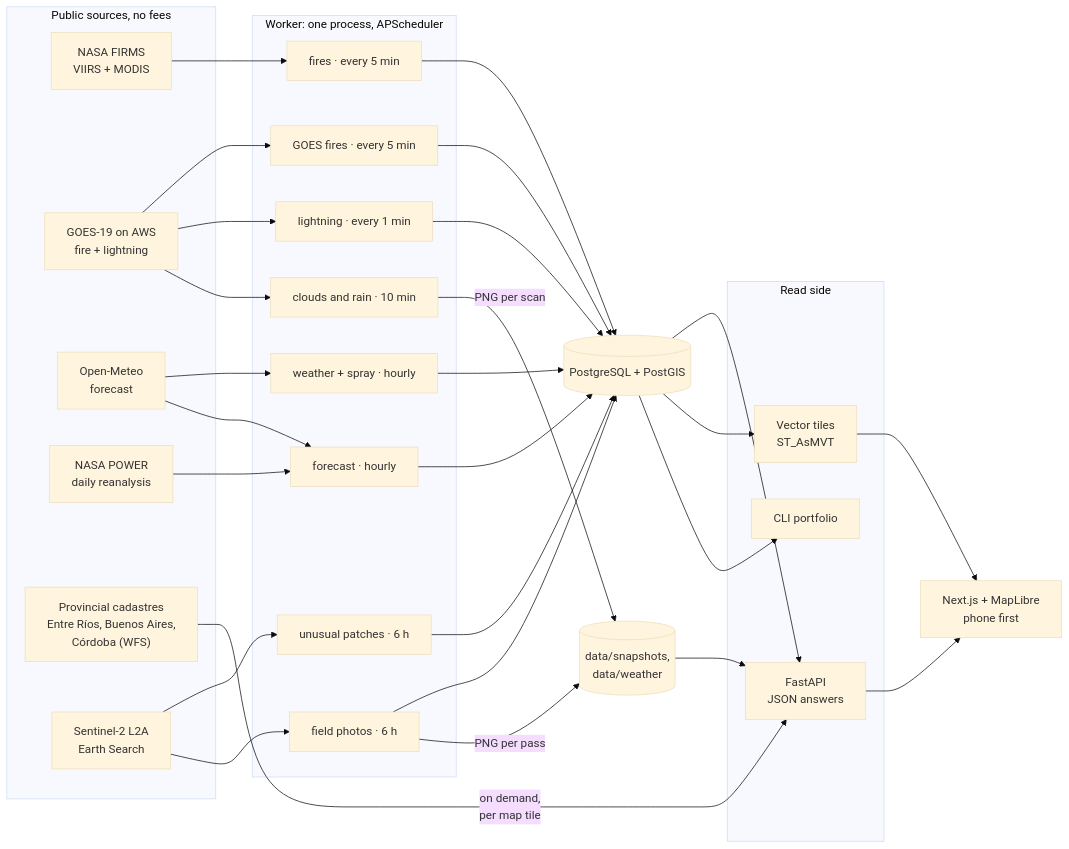
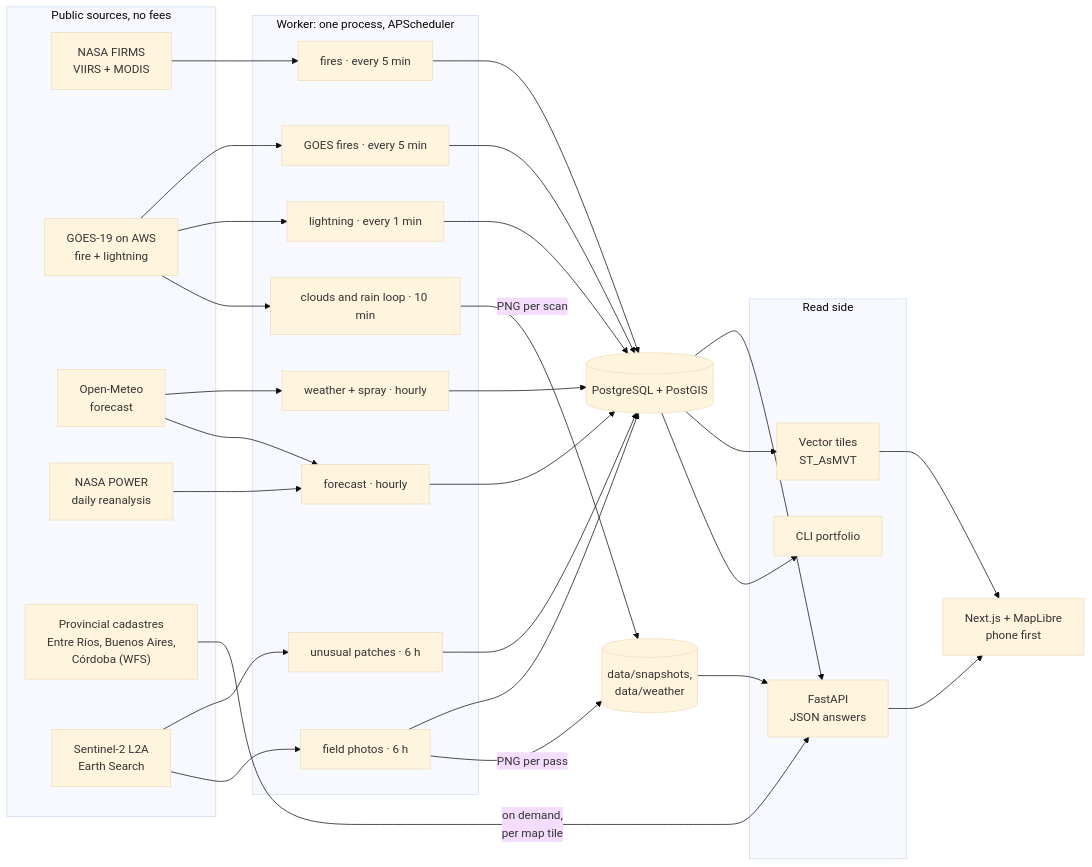
One commit to nickyperrone/Fire-Detection-System changed the first of 18 diagrams in README.md. Above: the diagram before and after it, drawn with Mermaid (base theme). The commit also changed other lines of this file and 9 other files, not shown here.

Commit message:
Play the last two hours of clouds and rain as a loop, with play, pause and the frame's time

````diff
--- a/README.md
+++ b/README.md
@@ -88,40 +88,40 @@
 ```mermaid
 flowchart LR
     subgraph SOURCES["Public sources, no fees"]
         FIRMS["NASA FIRMS<br/>VIIRS + MODIS"]
         GOES["GOES-19 on AWS<br/>fire + lightning"]
         METEO["Open-Meteo<br/>forecast"]
         POWER["NASA POWER<br/>daily reanalysis"]
         ATER["Provincial cadastres<br/>Entre Ríos, Buenos Aires,<br/>Córdoba (WFS)"]
         S2["Sentinel-2 L2A<br/>Earth Search"]
     end
     subgraph WORKER["Worker: one process, APScheduler"]
         J1["fires · every 5 min"]
         J2["GOES fires · every 5 min"]
         J3["lightning · every 1 min"]
         J4["weather + spray · hourly"]
         J5["forecast · hourly"]
         J6["unusual patches · 6 h"]
         J7["field photos · 6 h"]
-        J8["clouds and rain · 10 min"]
+        J8["clouds and rain loop · 10 min"]
     end
     DB[("PostgreSQL + PostGIS")]
     subgraph READ["Read side"]
         API["FastAPI<br/>JSON answers"]
         TILES["Vector tiles<br/>ST_AsMVT"]
         CLI["CLI portfolio"]
     end
     WEB["Next.js + MapLibre<br/>phone first"]
     FIRMS --> J1
     GOES --> J2 & J3 & J8
     METEO --> J4 & J5
     POWER --> J5
     S2 --> J6 & J7
     J1 & J2 & J3 & J4 & J5 & J6 & J7 --> DB
     J7 -- "PNG per pass" --> FILES[("data/snapshots,<br/>data/weather")]
     J8 -- "PNG per scan" --> FILES
     FILES --> API
     ATER -- "on demand,<br/>per map tile" --> API
     DB --> API & TILES & CLI
     API & TILES --> WEB
 ```
````
